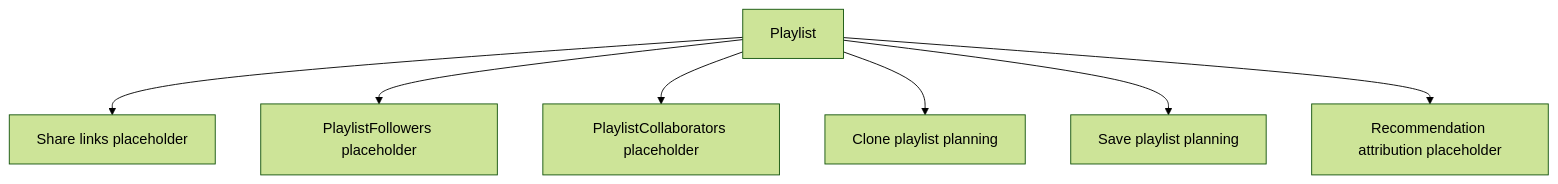
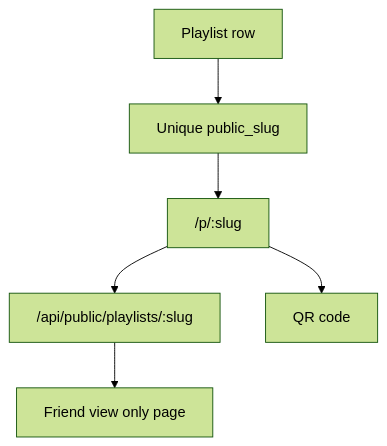
Before and after one commit to TerryFoster1/flim: the diagram in docs/playlist-sharing-system.md, drawn with Mermaid (forest theme). The commit also changed other lines of this file and 16 other files, not shown here.

Commit message:
Add public playlist sharing with QR codes

````diff
--- a/docs/playlist-sharing-system.md
+++ b/docs/playlist-sharing-system.md
@@ -44,9 +45,8 @@
 ```mermaid
 flowchart TD
-  Playlist["Playlist"] --> Share["Share links placeholder"]
-  Playlist --> Followers["PlaylistFollowers placeholder"]
-  Playlist --> Collaborators["PlaylistCollaborators placeholder"]
-  Playlist --> Clone["Clone playlist planning"]
-  Playlist --> Save["Save playlist planning"]
-  Playlist --> Recs["Recommendation attribution placeholder"]
+  Playlist["Playlist row"] --> Slug["Unique public_slug"]
+  Slug --> URL["/p/:slug"]
+  URL --> PublicAPI["/api/public/playlists/:slug"]
+  URL --> QR["QR code"]
+  PublicAPI --> Friend["Friend view only page"]
 ```
````
